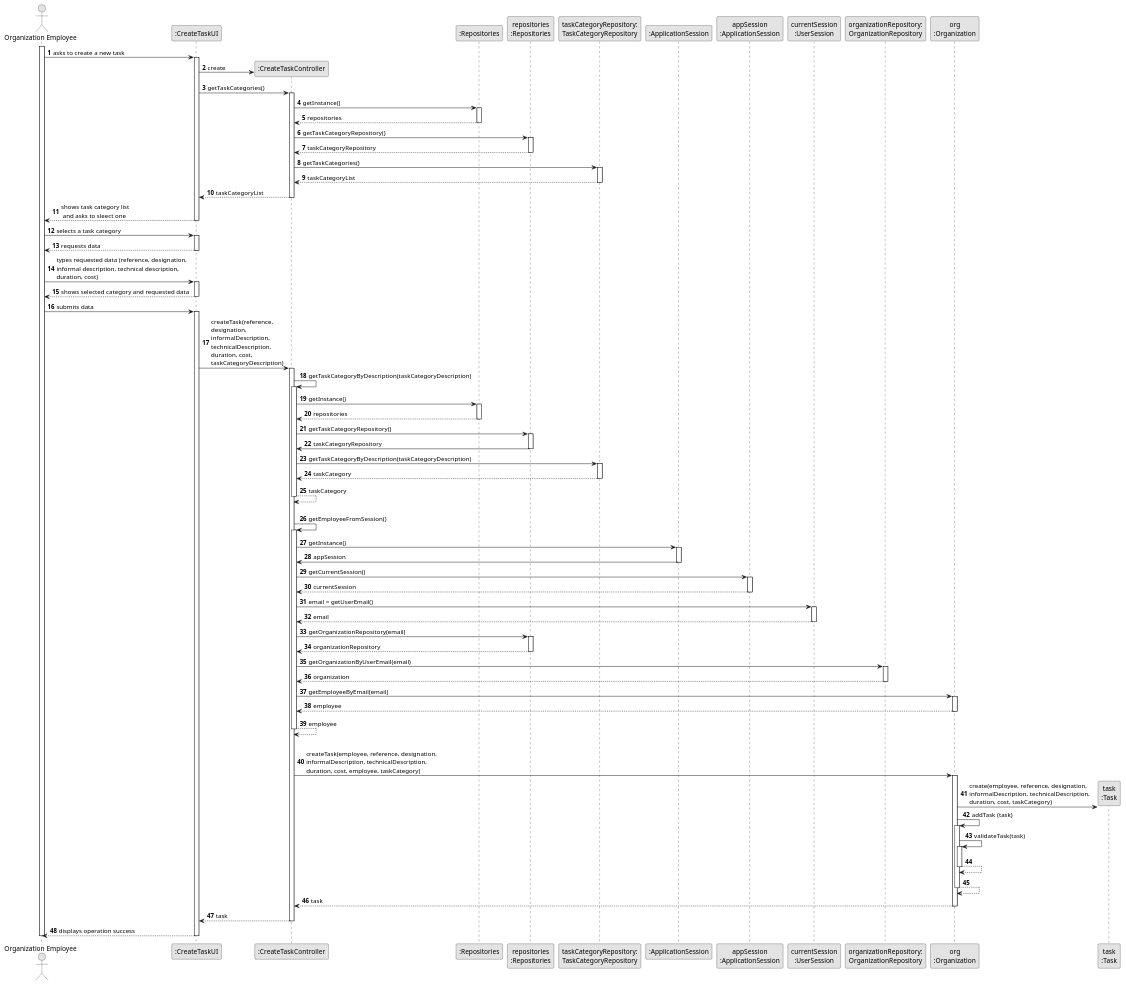
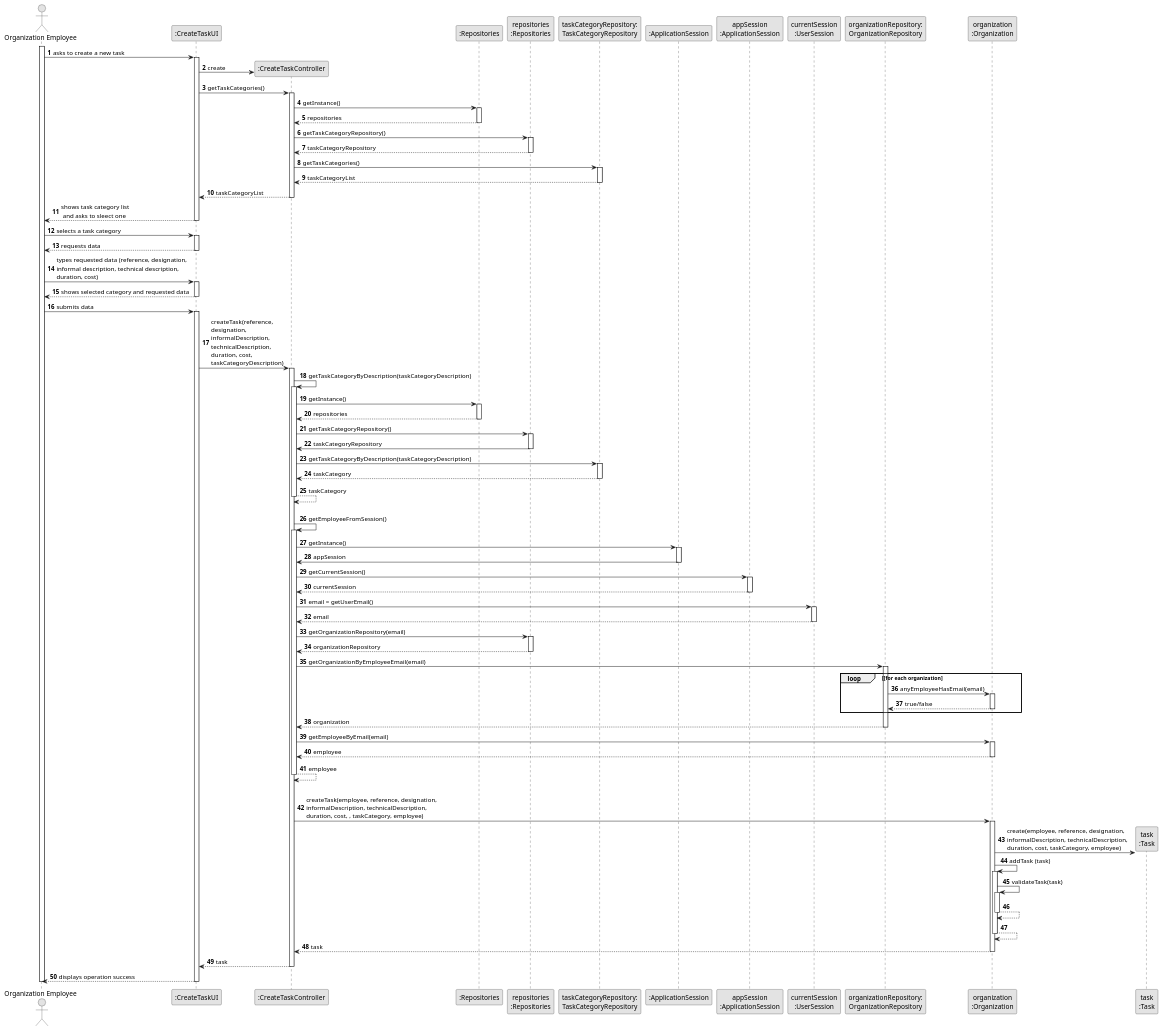
Before and after one commit to PureNimble/ISEP-LAPR2: the diagram in docs/tp1/puml/uc6-sequence-diagram-full.puml, drawn with PlantUML. The commit also changed 19 other files, not shown here.

Commit message:
Update TP01 pptx. Update diagrams. Refactor classes.

```diff
--- a/docs/tp1/puml/uc6-sequence-diagram-full.puml
+++ b/docs/tp1/puml/uc6-sequence-diagram-full.puml
@@ -1,173 +1,180 @@
 @startuml
 skinparam monochrome true
 skinparam packageStyle rectangle
 skinparam shadowing false
 
 autonumber
 
 'hide footbox
 actor "Organization Employee" as ADM
 participant ":CreateTaskUI" as UI
 participant ":CreateTaskController" as CTRL
 participant ":Repositories" as RepositorySingleton
 participant "repositories\n:Repositories" as PLAT
 participant "taskCategoryRepository:\nTaskCategoryRepository" as TaskCategoryRepository
 participant ":ApplicationSession" as _APP
 participant "appSession\n:ApplicationSession" as APP
 participant "currentSession\n:UserSession" as SESSAO
 participant "organizationRepository:\nOrganizationRepository" as OrganizationRepository
-participant "org\n:Organization" as ORG
+participant "organization\n:Organization" as ORG
 participant "task\n:Task" as TAREFA
 
 activate ADM
 
         ADM -> UI : asks to create a new task
 
         activate UI
 
 '            UI --> ADM : requests data (reference, designation,  informal \n description, technical description, duration, cost)
             'create CTRL
             UI -> CTRL** : create
 
             UI -> CTRL : getTaskCategories()
             activate CTRL
 
                 CTRL -> RepositorySingleton : getInstance()
                 activate RepositorySingleton
 
                     RepositorySingleton --> CTRL: repositories
                 deactivate RepositorySingleton
 
                 CTRL -> PLAT : getTaskCategoryRepository()
                 activate PLAT
 
                     PLAT --> CTRL: taskCategoryRepository
                 deactivate PLAT
 
                 CTRL -> TaskCategoryRepository : getTaskCategories()
                 activate TaskCategoryRepository
 
                     TaskCategoryRepository --> CTRL : taskCategoryList
                 deactivate TaskCategoryRepository
 
                 CTRL --> UI : taskCategoryList
             deactivate CTRL
 
             UI --> ADM : shows task category list\n and asks to sleect one
         deactivate UI
 
     ADM -> UI : selects a task category
     activate UI
 
         UI --> ADM : requests data
     deactivate UI
 
     ADM -> UI : types requested data (reference, designation, \ninformal description, technical description,\nduration, cost)
     activate UI
 
         UI --> ADM : shows selected category and requested data
     deactivate UI
 
     ADM -> UI : submits data
     activate UI
 
         UI -> CTRL : createTask(reference,\ndesignation,\ninformalDescription,\ntechnicalDescription,\nduration, cost,\ntaskCategoryDescription)
         activate CTRL
 
             CTRL -> CTRL : getTaskCategoryByDescription(taskCategoryDescription)
             activate CTRL
 
                 CTRL -> RepositorySingleton : getInstance()
                 activate RepositorySingleton
 
                     RepositorySingleton --> CTRL: repositories
                 deactivate RepositorySingleton
 
                 CTRL -> PLAT : getTaskCategoryRepository()
                 activate PLAT
 
                     PLAT -> CTRL : taskCategoryRepository
                 deactivate PLAT
 
                 CTRL -> TaskCategoryRepository : getTaskCategoryByDescription(taskCategoryDescription)
                 activate TaskCategoryRepository
 
                     TaskCategoryRepository --> CTRL : taskCategory
                 deactivate TaskCategoryRepository
                     CTRL --> CTRL : taskCategory
             deactivate CTRL
 
             |||
             CTRL -> CTRL : getEmployeeFromSession()
             activate CTRL
 
                 CTRL -> _APP: getInstance()
                 activate _APP
                     _APP -> CTRL: appSession
                 deactivate _APP
 
 
                 CTRL -> APP: getCurrentSession()
                 activate APP
 
                     APP --> CTRL: currentSession
                 deactivate APP
 
                 CTRL -> SESSAO: email = getUserEmail()
                 activate SESSAO
 
                     SESSAO --> CTRL: email
                 deactivate SESSAO
 
 
                 CTRL -> PLAT: getOrganizationRepository(email)
                 activate PLAT
 
                     PLAT --> CTRL: organizationRepository
                 deactivate PLAT
 
 
-                CTRL -> OrganizationRepository: getOrganizationByUserEmail(email)
+                CTRL -> OrganizationRepository: getOrganizationByEmployeeEmail(email)
                 activate OrganizationRepository
 
+                    loop [for each organization
+                        OrganizationRepository -> ORG : anyEmployeeHasEmail(email)
+                        activate ORG
+
+                             ORG --> OrganizationRepository : true/false
+                        deactivate ORG
+                    end
                     OrganizationRepository --> CTRL : organization
                 deactivate OrganizationRepository
 
                 CTRL -> ORG: getEmployeeByEmail(email)
                 activate ORG
 
                     ORG --> CTRL : employee
                 deactivate ORG
 
                 CTRL --> CTRL : employee
             deactivate CTRL
 
             |||
-            CTRL -> ORG: createTask(employee, reference, designation,\ninformalDescription, technicalDescription,\nduration, cost, employee, taskCategory)
+            CTRL -> ORG: createTask(employee, reference, designation,\ninformalDescription, technicalDescription,\nduration, cost, , taskCategory, employee)
             activate ORG
 
-                ORG -> TAREFA**: create(employee, reference, designation,\ninformalDescription, technicalDescription,\nduration, cost, taskCategory)
+                ORG -> TAREFA**: create(employee, reference, designation,\ninformalDescription, technicalDescription,\nduration, cost, taskCategory, employee)
                 ORG -> ORG: addTask (task)
 
 
                 activate ORG
                     ORG -> ORG: validateTask(task)
                     activate ORG
                         ORG --> ORG
                     deactivate ORG
 
                     ORG --> ORG
                 deactivate ORG
 
                 ORG --> CTRL : task
 
             deactivate ORG
 
             CTRL --> UI: task
             deactivate CTRL
             UI --> ADM: displays operation success
     deactivate UI
 
 deactivate ADM
 
 @enduml
```
